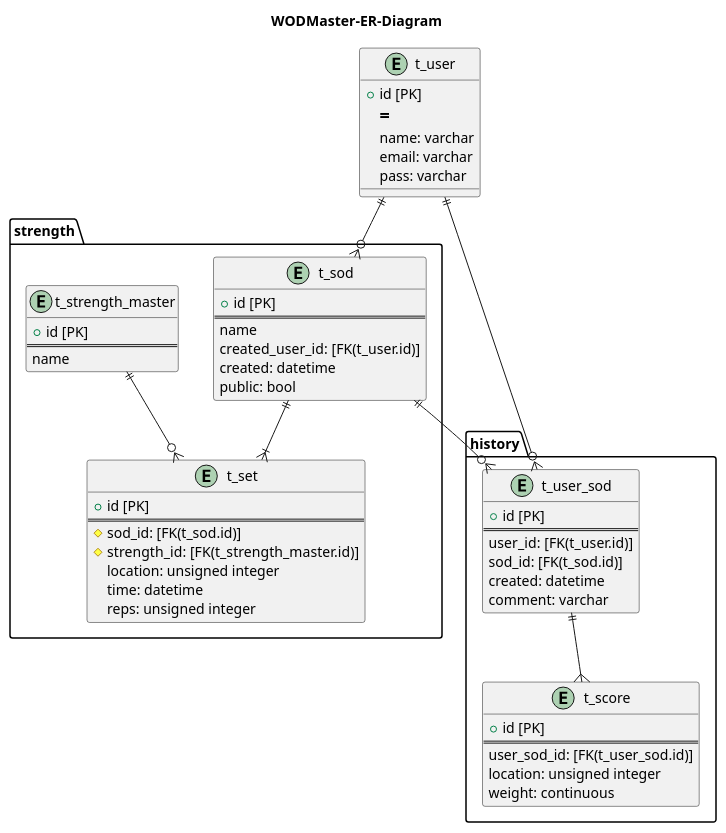
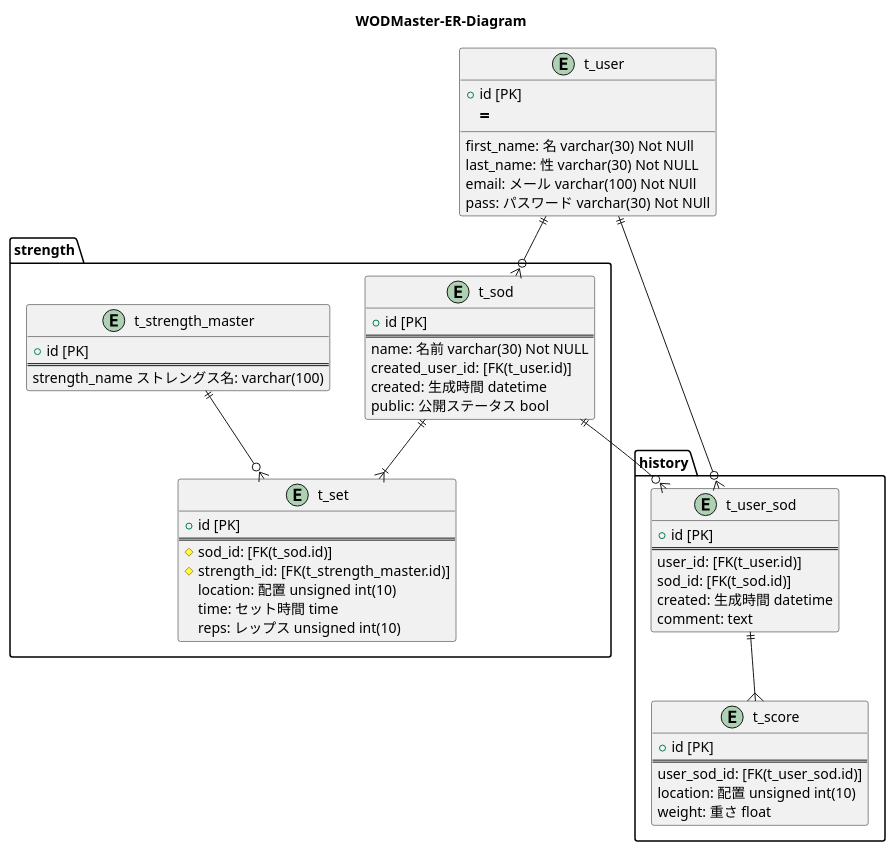
One commit to kei49/WODMaster changed the diagram in docs/er_diagram.pu. Above: the diagram before and after it, drawn with PlantUML.

Commit message:
added detailed table definition

```diff
--- a/docs/er_diagram.pu
+++ b/docs/er_diagram.pu
@@ -1,70 +1,71 @@
 @startuml
 
 title WODMaster-ER-Diagram
 
 entity "t_user" {
     + id [PK]
     == 
-    name: varchar
-    email: varchar
-    pass: varchar
+    first_name: 名 varchar(30) Not NUll
+    last_name: 性 varchar(30) Not NULL
+    email: メール varchar(100) Not NUll
+    pass: パスワード varchar(30) Not NUll
 }
 
 package strength {
     entity "t_sod" {
         + id [PK]
         ==
-        name
+        name: 名前 varchar(30) Not NULL
         created_user_id: [FK(t_user.id)]
-        created: datetime
-        public: bool
+        created: 生成時間 datetime
+        public: 公開ステータス bool
     }
 
     entity "t_set" {
         + id [PK]
         ==
         # sod_id: [FK(t_sod.id)]
         # strength_id: [FK(t_strength_master.id)]
-        location: unsigned integer
-        time: datetime
-        reps: unsigned integer
+        location: 配置 unsigned int(10)
+        time: セット時間 time
+        reps: レップス unsigned int(10)
     }
 
     entity "t_strength_master" {
         + id [PK]
         ==
-        name
+        strength_name ストレングス名: varchar(100)
     }
 }
 
 package history {
     entity "t_user_sod" {
         + id [PK]
         ==
         user_id: [FK(t_user.id)]
         sod_id: [FK(t_sod.id)]
-        created: datetime
-        comment: varchar
+        created: 生成時間 datetime
+        comment: text
     }
 
     entity "t_score" {
         + id [PK]
         ==
         user_sod_id: [FK(t_user_sod.id)]
-        location: unsigned integer
-        weight: continuous
+        location: 配置 unsigned int(10)
+        weight: 重さ float
     }
 }
 
 
 t_user ||--o{ t_user_sod
 t_user ||--o{ t_sod
 
 t_sod ||--o{ t_user_sod
 t_sod ||--|{ t_set
 
 t_strength_master ||--o{ t_set
 
 t_user_sod ||--{ t_score
 
 @enduml
```
